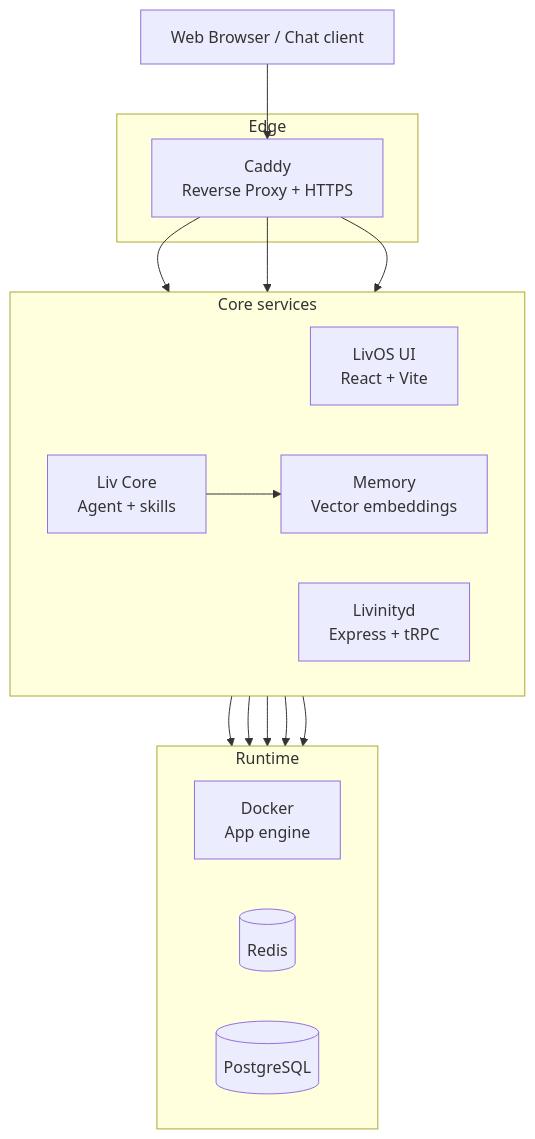
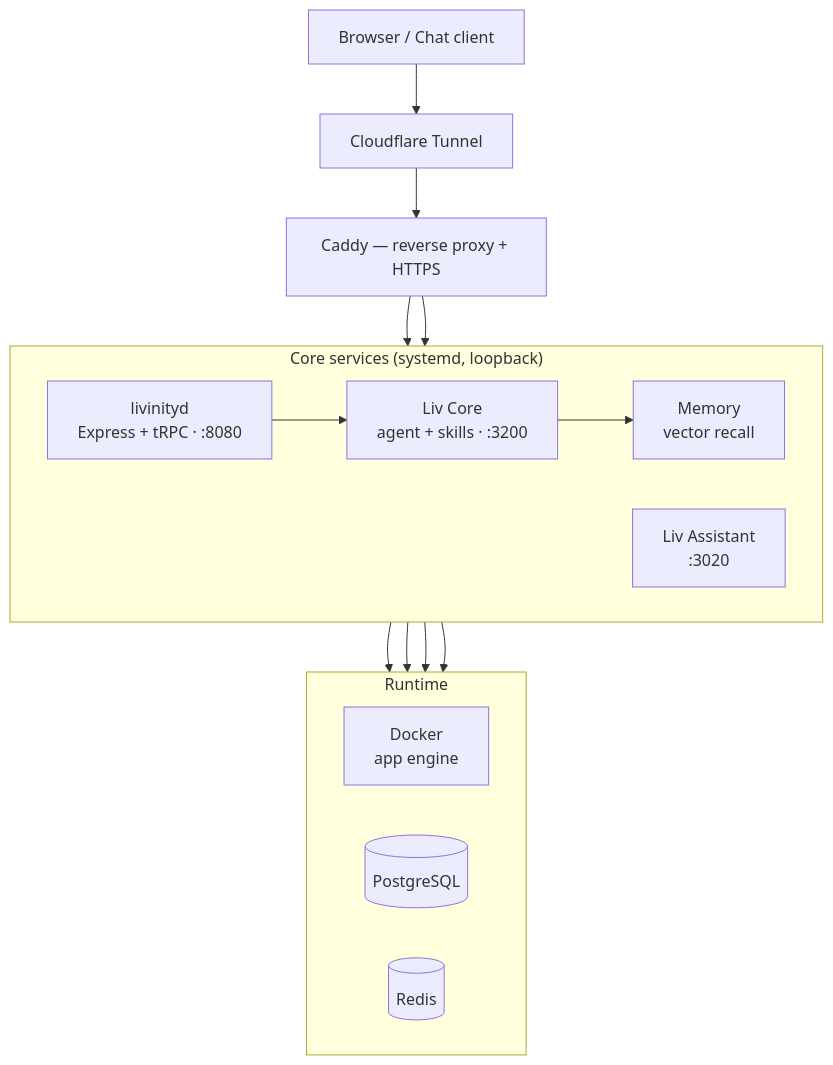
Before and after one commit to utopusc/livinity-io: the diagram in README.md, drawn with Mermaid. The commit also changed other lines of this file and 10 other files, not shown here.

````diff
--- a/README.md
+++ b/README.md
@@ -189,34 +204,31 @@
 ```mermaid
 flowchart TB
-    Browser["Web Browser&nbsp;/&nbsp;Chat client"]
+    Browser["Browser / Chat client"]
+    CF["Cloudflare Tunnel"]
+    Caddy["Caddy — reverse proxy + HTTPS"]
 
-    subgraph Edge ["Edge"]
-        Caddy["Caddy<br/>Reverse Proxy + HTTPS"]
-    end
-
-    subgraph Services ["Core services"]
+    subgraph Core ["Core services (systemd, loopback)"]
         direction LR
-        UI["LivOS UI<br/>React + Vite"]
-        Daemon["Livinityd<br/>Express + tRPC"]
-        LivAPI["Liv Core<br/>Agent + skills"]
-        Memory["Memory<br/>Vector embeddings"]
+        Daemon["livinityd<br/>Express + tRPC · :8080"]
+        Liv["Liv Assistant<br/>:3020"]
+        Core2["Liv Core<br/>agent + skills · :3200"]
+        Mem["Memory<br/>vector recall"]
     end
 
     subgraph Runtime ["Runtime"]
         direction LR
-        Docker["Docker<br/>App engine"]
+        Docker["Docker<br/>app engine"]
+        PG[("PostgreSQL")]
         Redis[("Redis")]
-        Postgres[("PostgreSQL")]
     end
 
-    Browser --> Caddy
-    Caddy --> UI
+    Browser --> CF --> Caddy
     Caddy --> Daemon
-    Caddy --> LivAPI
+    Caddy --> Liv
     Daemon --> Docker
-    Daemon --> Postgres
+    Daemon --> PG
     Daemon --> Redis
-    LivAPI --> Memory
-    LivAPI --> Redis
-    Memory --> Postgres
+    Daemon --> Core2
+    Core2 --> Mem
+    Core2 --> Redis
 ```
````
